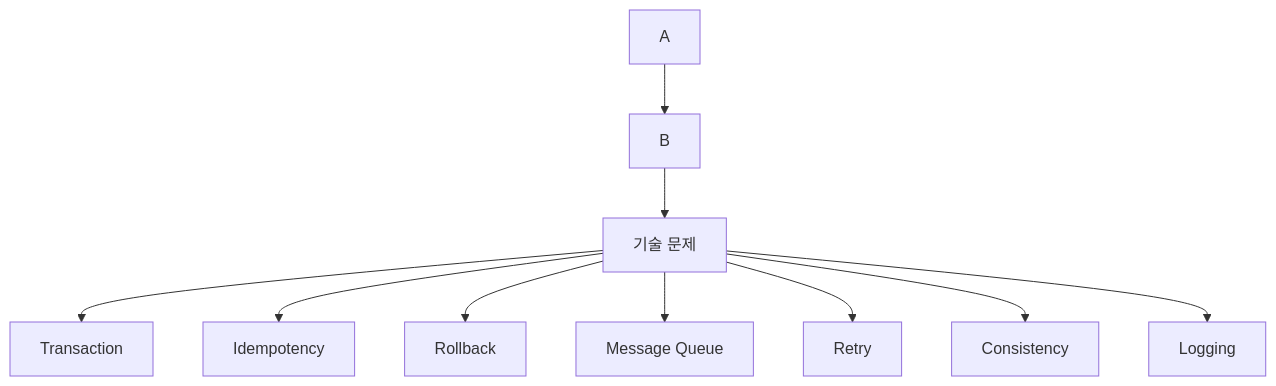
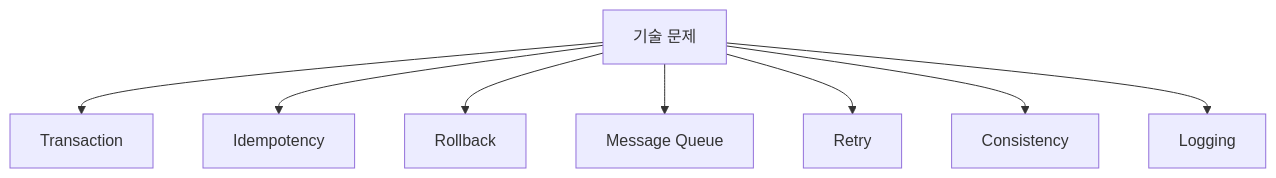
One commit to simpleego/Teaching changed the fifth of 26 diagrams in AI/AI시대 개발자의 핵심 역량.md. Above: the diagram before and after it, drawn with Mermaid.

Commit message:
Refactor node connections in AI competency chart
Removed redundant connections between nodes A, B, and C.

````diff
--- a/AI/AI시대 개발자의 핵심 역량.md
+++ b/AI/AI시대 개발자의 핵심 역량.md
@@ -82,22 +82,19 @@
 ```mermaid
 flowchart TB
     C["기술 문제"]
     D["Transaction"]
     E["Idempotency"]
     F["Rollback"]
     G["Message Queue"]
     H["Retry"]
     I["Consistency"]
     J["Logging"]
 
-    A --> B
-    B --> C
-
     C --> D
     C --> E
     C --> F
     C --> G
     C --> H
     C --> I
     C --> J
 ```
````
